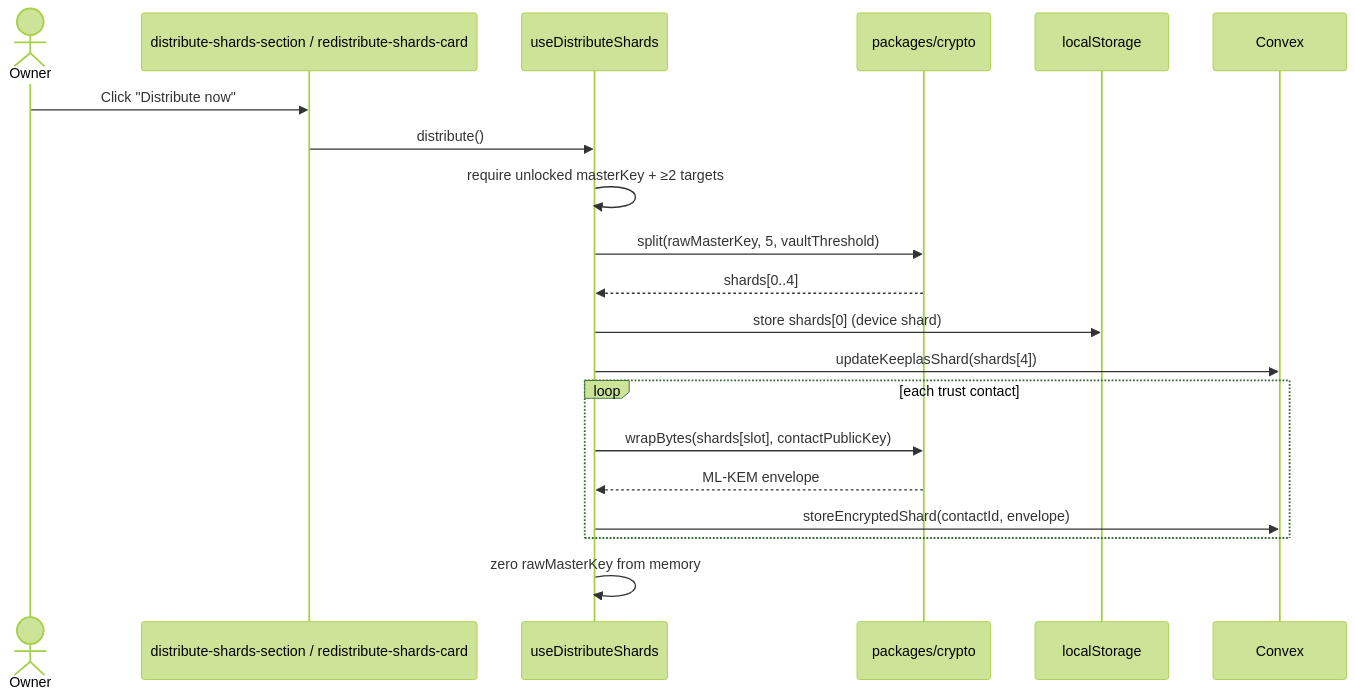
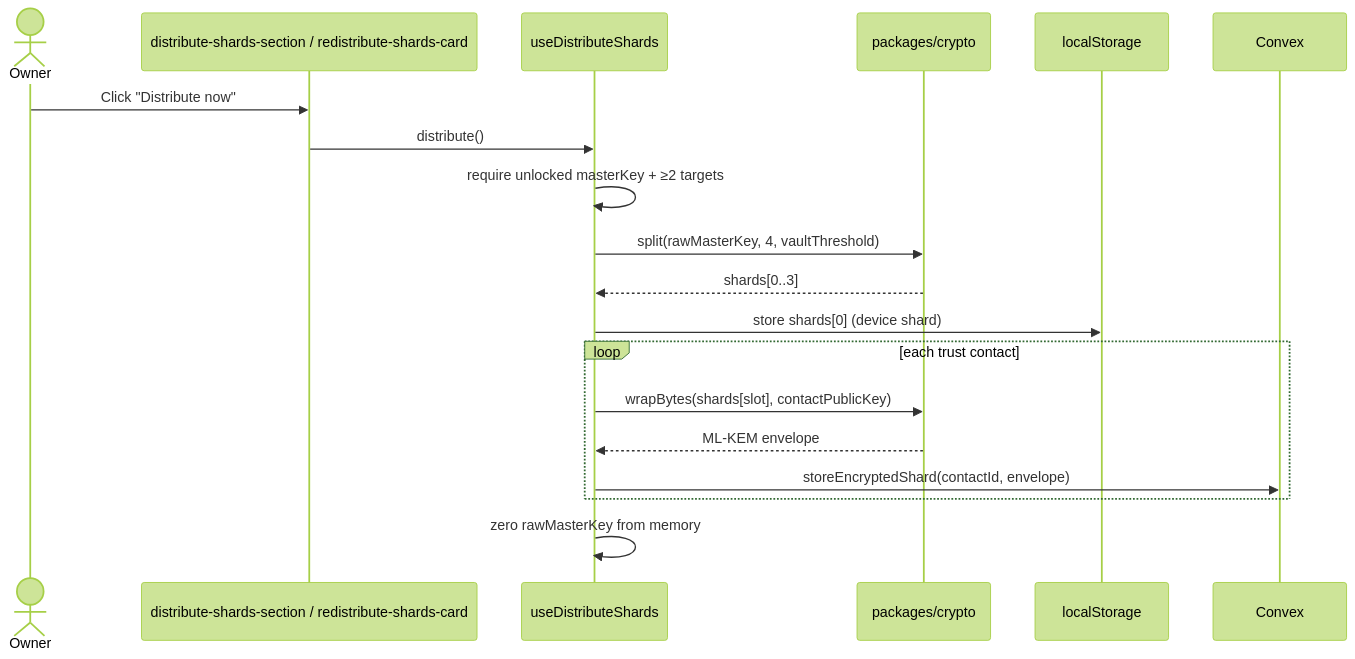
One commit to Keeplas/keeplas changed the first of 3 diagrams in docs/TRUSTED_CONTACTS_SHARDS.md. Above: the diagram before and after it, drawn with Mermaid (forest theme). The commit also changed other lines of this file and 167 other files, not shown here.

````diff
--- a/docs/TRUSTED_CONTACTS_SHARDS.md
+++ b/docs/TRUSTED_CONTACTS_SHARDS.md
@@ -91,23 +92,22 @@
 ```mermaid
 sequenceDiagram
     actor Owner
     participant UI as distribute-shards-section / redistribute-shards-card
     participant Hook as useDistributeShards
     participant Crypto as packages/crypto
     participant LS as localStorage
     participant Convex
 
     Owner->>UI: Click "Distribute now"
     UI->>Hook: distribute()
     Hook->>Hook: require unlocked masterKey + ≥2 targets
-    Hook->>Crypto: split(rawMasterKey, 5, vaultThreshold)
-    Crypto-->>Hook: shards[0..4]
+    Hook->>Crypto: split(rawMasterKey, 4, vaultThreshold)
+    Crypto-->>Hook: shards[0..3]
     Hook->>LS: store shards[0] (device shard)
-    Hook->>Convex: updateKeeplasShard(shards[4])
     loop each trust contact
         Hook->>Crypto: wrapBytes(shards[slot], contactPublicKey)
         Crypto-->>Hook: ML-KEM envelope
         Hook->>Convex: storeEncryptedShard(contactId, envelope)
     end
     Hook->>Hook: zero rawMasterKey from memory
 ```
````
